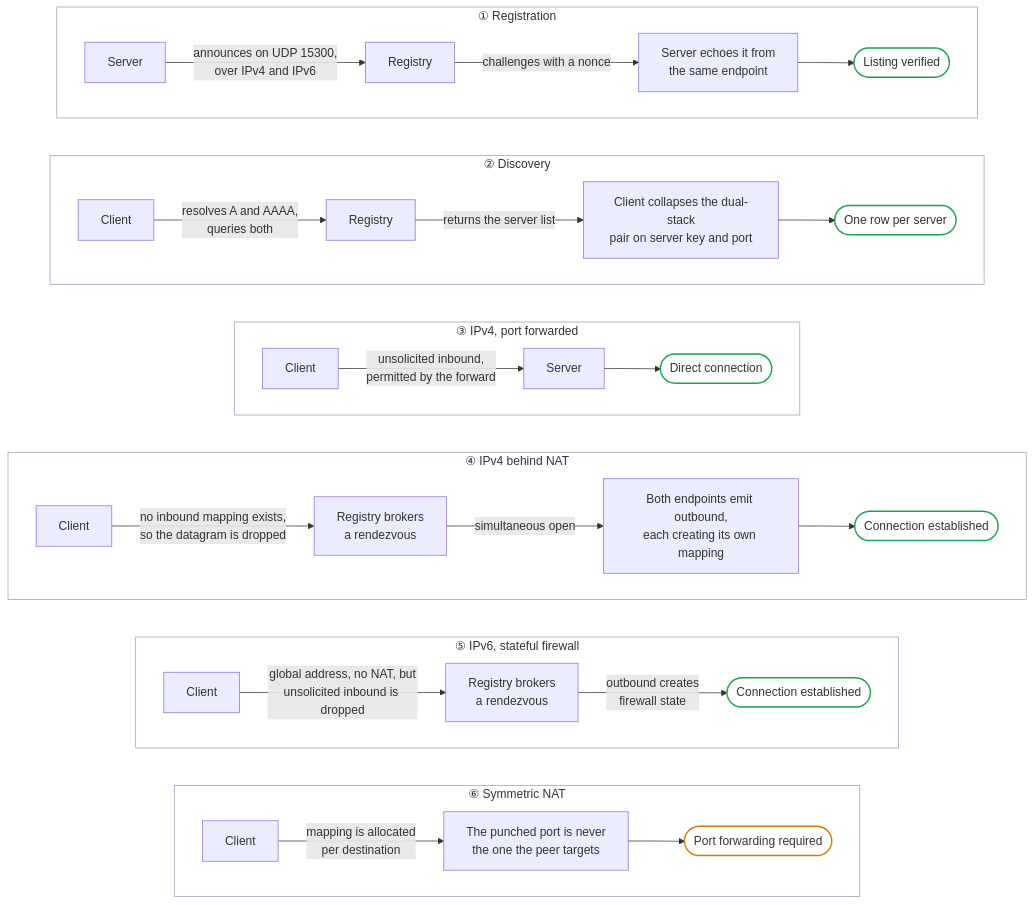
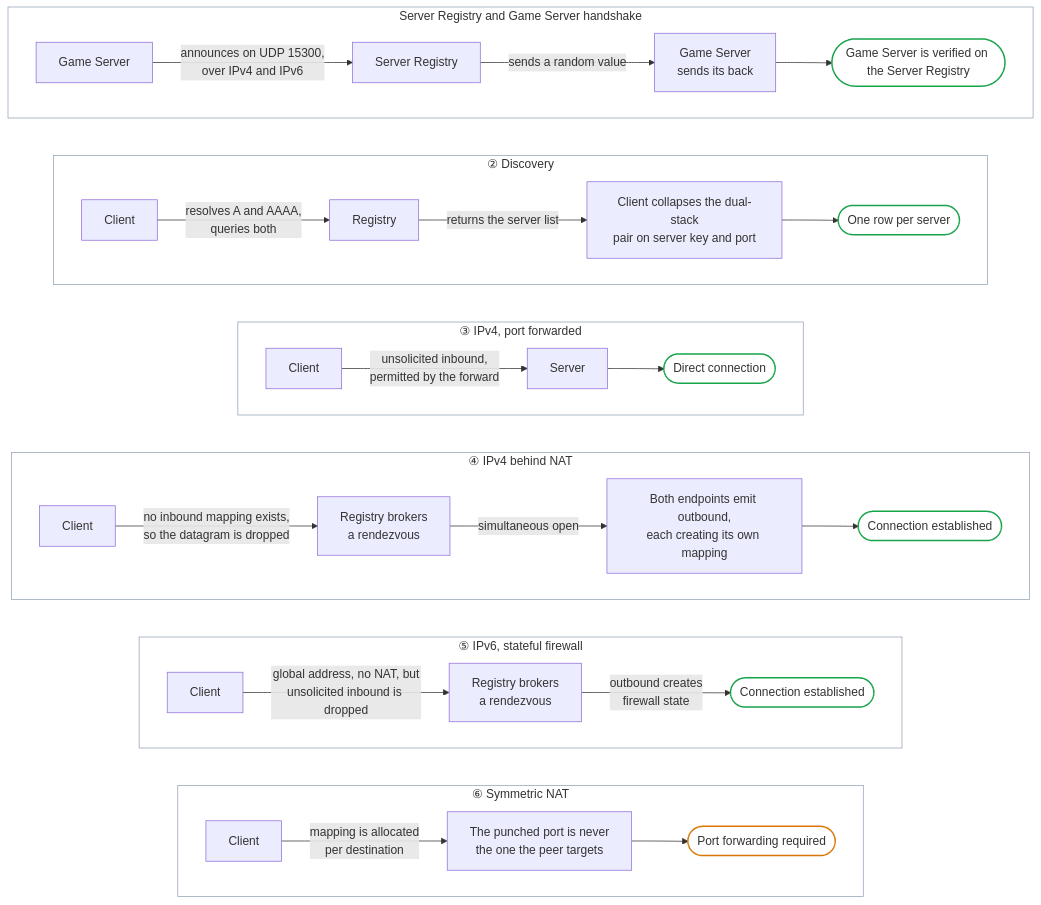
The diagram in README.server-registry.md (rc4l/ForkUnderA), drawn with Mermaid before and after one commit.

````diff
--- a/README.server-registry.md
+++ b/README.server-registry.md
@@ -5,60 +5,60 @@
 ```mermaid
 flowchart TB
 
-    subgraph R["① Registration"]
+    subgraph R["Server Registry and Game Server handshake"]
         direction LR
-        R1["Server"] -->|"announces on UDP 15300,<br/>over IPv4 and IPv6"| R2["Registry"]
-        R2 -->|"challenges with a nonce"| R3["Server echoes it from<br/>the same endpoint"]
-        R3 --> R4(["Listing verified"])
+        R1["Game Server"] -->|"announces on UDP 15300,<br/>over IPv4 and IPv6"| R2["Server Registry"]
+        R2 -->|"sends a random value"| R3["Game Server<br/>sends its back"]
+        R3 --> R4(["Game Server is verified on the Server Registry"])
     end
 
     subgraph Q["② Discovery"]
         direction LR
         Q1["Client"] -->|"resolves A and AAAA,<br/>queries both"| Q2["Registry"]
         Q2 -->|"returns the server list"| Q3["Client collapses the dual-stack<br/>pair on server key and port"]
         Q3 --> Q4(["One row per server"])
     end
 
     subgraph A["③ IPv4, port forwarded"]
         direction LR
         A1["Client"] -->|"unsolicited inbound,<br/>permitted by the forward"| A2["Server"]
         A2 --> A3(["Direct connection"])
     end
 
     subgraph B["④ IPv4 behind NAT"]
         direction LR
         B1["Client"] -->|"no inbound mapping exists,<br/>so the datagram is dropped"| B2["Registry brokers<br/>a rendezvous"]
         B2 -->|"simultaneous open"| B3["Both endpoints emit outbound,<br/>each creating its own mapping"]
         B3 --> B4(["Connection established"])
     end
 
     subgraph C["⑤ IPv6, stateful firewall"]
         direction LR
         C1["Client"] -->|"global address, no NAT, but<br/>unsolicited inbound is dropped"| C2["Registry brokers<br/>a rendezvous"]
         C2 -->|"outbound creates<br/>firewall state"| C3(["Connection established"])
     end
 
     subgraph S["⑥ Symmetric NAT"]
         direction LR
         S1["Client"] -->|"mapping is allocated<br/>per destination"| S2["The punched port is never<br/>the one the peer targets"]
         S2 --> S3(["Port forwarding required"])
     end
 
     R ~~~ Q
     Q ~~~ A
     A ~~~ B
     B ~~~ C
     C ~~~ S
 
     classDef ok fill:none,stroke:#16a34a,stroke-width:2px
     classDef warn fill:none,stroke:#d97706,stroke-width:2px
     class R4,Q4,A3,B4,C3 ok
     class S3 warn
 
     style R fill:none,stroke:#94a3b8
     style Q fill:none,stroke:#94a3b8
     style A fill:none,stroke:#94a3b8
     style B fill:none,stroke:#94a3b8
     style C fill:none,stroke:#94a3b8
     style S fill:none,stroke:#94a3b8
 ```
````
